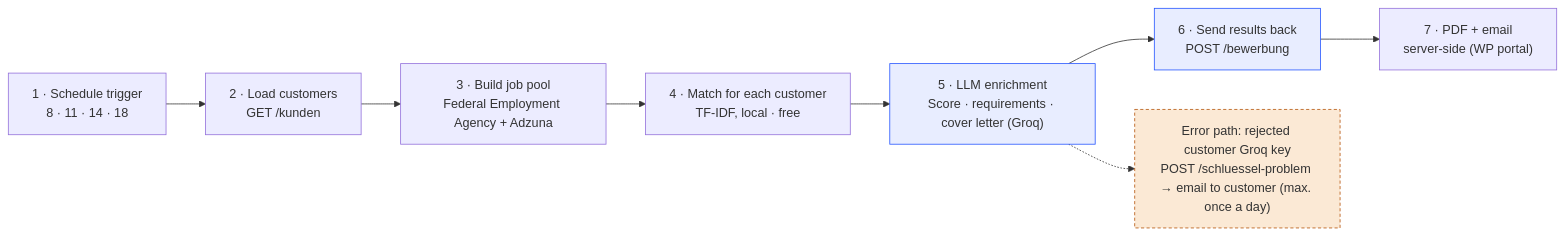
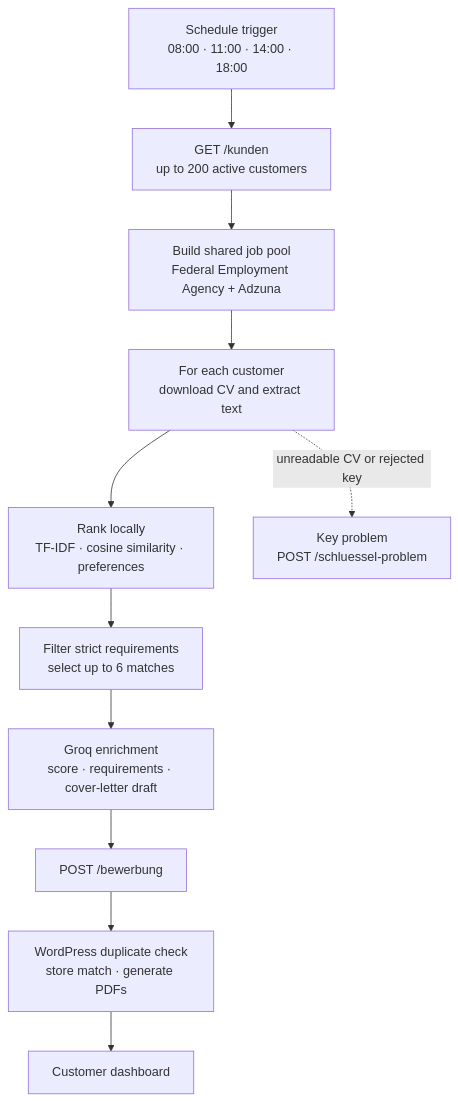
The third of 3 diagrams in ARCHITECTURE.md (3mothman/auto-job-search), drawn with Mermaid before and after one commit. The commit also changed other lines of this file, not shown here.

Commit message:
docs: clarify data flow and security boundaries

````diff
--- a/ARCHITECTURE.md
+++ b/ARCHITECTURE.md
@@ -56,18 +87,17 @@
 ```mermaid
-flowchart LR
-    T1["1 · Schedule trigger<br/>8 · 11 · 14 · 18"]
-    T2["2 · Load customers<br/>GET /kunden"]
-    T3["3 · Build job pool<br/>Federal Employment Agency + Adzuna"]
-    T4["4 · Match for each customer<br/>TF-IDF, local · free"]
-    T5["5 · LLM enrichment<br/>Score · requirements · cover letter (Groq)"]
-    T6["6 · Send results back<br/>POST /bewerbung"]
-    T7["7 · PDF + email<br/>server-side (WP portal)"]
-    ERR["Error path: rejected customer Groq key<br/>POST /schluessel-problem → email to customer (max. once a day)"]
+flowchart TD
+    S["Schedule trigger<br/>08:00 · 11:00 · 14:00 · 18:00"]
+    C["GET /kunden<br/>up to 200 active customers"]
+    P["Build shared job pool<br/>Federal Employment Agency + Adzuna"]
+    L["For each customer<br/>download CV and extract text"]
+    R["Rank locally<br/>TF-IDF · cosine similarity · preferences"]
+    F["Filter strict requirements<br/>select up to 6 matches"]
+    G["Groq enrichment<br/>score · requirements · cover-letter draft"]
+    W["POST /bewerbung"]
+    D["WordPress duplicate check<br/>store match · generate PDFs"]
+    V["Customer dashboard"]
+    E["Key problem<br/>POST /schluessel-problem"]
 
-    T1 --> T2 --> T3 --> T4 --> T5 --> T6 --> T7
-    T5 -.-> ERR
-
-    style T5 fill:#e8edff,stroke:#2454ff
-    style T6 fill:#e8edff,stroke:#2454ff
-    style ERR fill:#fbe9d5,stroke:#b45309,stroke-dasharray: 4 3
+    S --> C --> P --> L --> R --> F --> G --> W --> D --> V
+    L -. "unreadable CV or rejected key" .-> E
 ```
````
